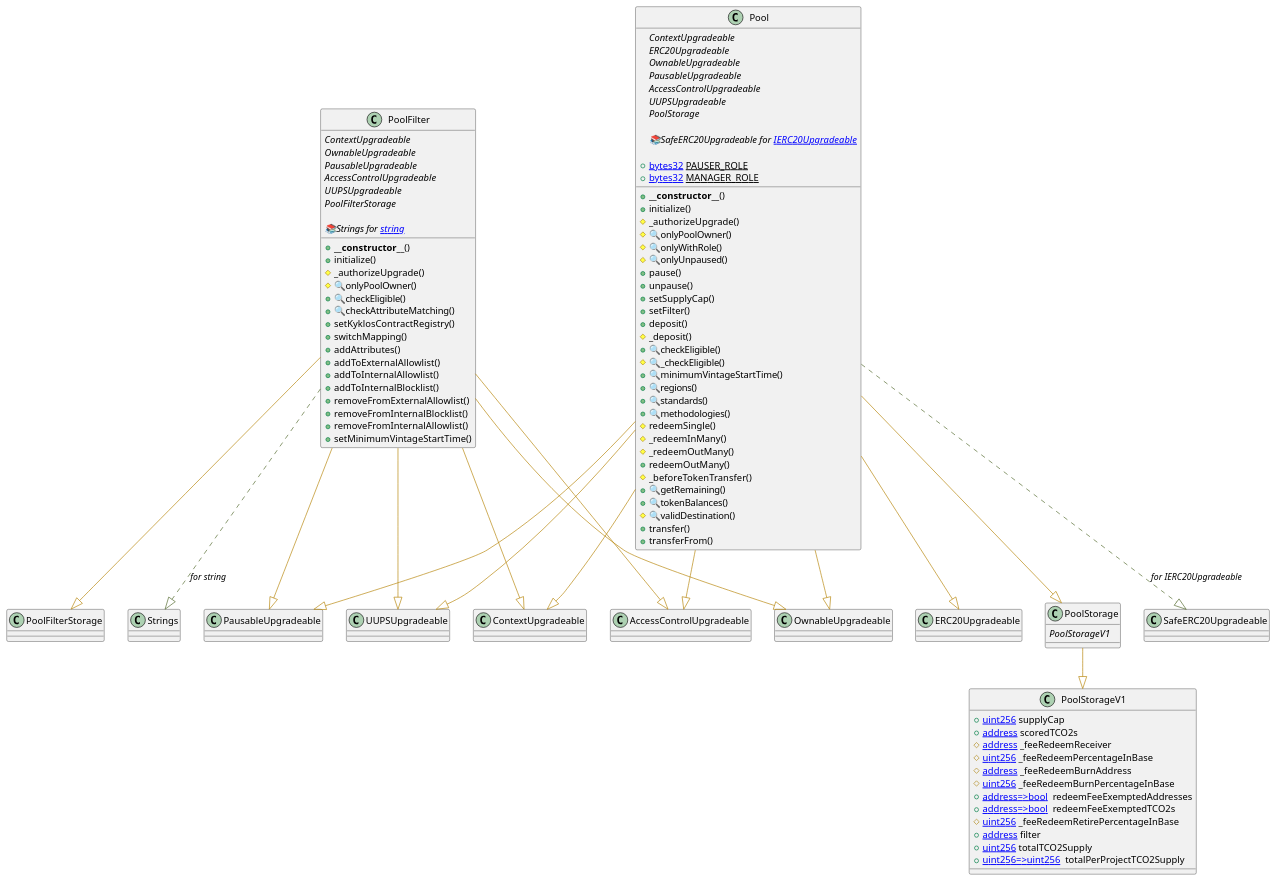
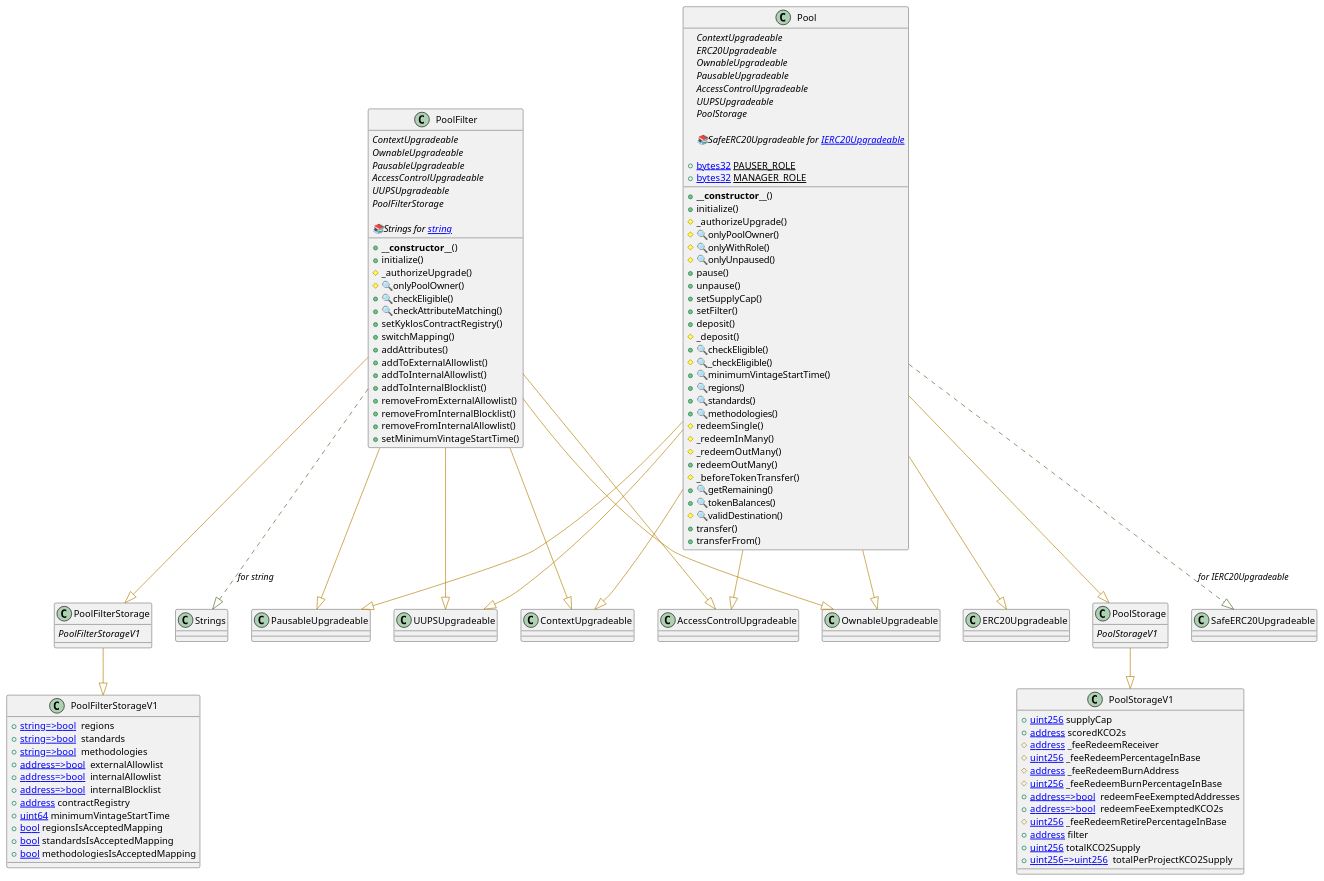
One commit to mariolim96/Kyklos changed the diagram in plantuml/pool.wsd. Above: the diagram before and after it, drawn with PlantUML. The commit also changed 68 other files, not shown here.

Commit message:
feat: adding plant uml graphs

```diff
--- a/plantuml/pool.wsd
+++ b/plantuml/pool.wsd
@@ -1,146 +1,180 @@
 @startuml
 ' -- generated by: https://marketplace.visualstudio.com/items?itemName=tintinweb.solidity-visual-auditor
 '
 ' -- for auto-render install: https://marketplace.visualstudio.com/items?itemName=jebbs.plantuml
 ' -- options --
 
 
 
 ' -- classes --
 
 class Pool {
     ' -- inheritance --
 	{abstract}ContextUpgradeable
 	{abstract}ERC20Upgradeable
 	{abstract}OwnableUpgradeable
 	{abstract}PausableUpgradeable
 	{abstract}AccessControlUpgradeable
 	{abstract}UUPSUpgradeable
 	{abstract}PoolStorage
 
     ' -- usingFor --
 	{abstract}📚SafeERC20Upgradeable for [[IERC20Upgradeable]]
 
     ' -- vars --
 	+{static}[[bytes32]] PAUSER_ROLE
 	+{static}[[bytes32]] MANAGER_ROLE
 
     ' -- methods --
 	+**__constructor__**()
 	+initialize()
 	#_authorizeUpgrade()
 	#🔍onlyPoolOwner()
 	#🔍onlyWithRole()
 	#🔍onlyUnpaused()
 	+pause()
 	+unpause()
 	+setSupplyCap()
 	+setFilter()
 	+deposit()
 	#_deposit()
 	+🔍checkEligible()
 	#🔍_checkEligible()
 	+🔍minimumVintageStartTime()
 	+🔍regions()
 	+🔍standards()
 	+🔍methodologies()
 	#redeemSingle()
 	#_redeemInMany()
 	#_redeemOutMany()
 	+redeemOutMany()
 	#_beforeTokenTransfer()
 	+🔍getRemaining()
 	+🔍tokenBalances()
 	#🔍validDestination()
 	+transfer()
 	+transferFrom()
 
 }
 ' -- inheritance / usingFor --
 Pool --[#DarkGoldenRod]|> ContextUpgradeable
 Pool --[#DarkGoldenRod]|> ERC20Upgradeable
 Pool --[#DarkGoldenRod]|> OwnableUpgradeable
 Pool --[#DarkGoldenRod]|> PausableUpgradeable
 Pool --[#DarkGoldenRod]|> AccessControlUpgradeable
 Pool --[#DarkGoldenRod]|> UUPSUpgradeable
 Pool --[#DarkGoldenRod]|> PoolStorage
 Pool ..[#DarkOliveGreen]|> SafeERC20Upgradeable : //for IERC20Upgradeable//
 class PoolFilter {
     ' -- inheritance --
 	{abstract}ContextUpgradeable
 	{abstract}OwnableUpgradeable
 	{abstract}PausableUpgradeable
 	{abstract}AccessControlUpgradeable
 	{abstract}UUPSUpgradeable
 	{abstract}PoolFilterStorage
 
     ' -- usingFor --
 	{abstract}📚Strings for [[string]]
 
     ' -- vars --
 
     ' -- methods --
 	+**__constructor__**()
 	+initialize()
 	#_authorizeUpgrade()
 	#🔍onlyPoolOwner()
 	+🔍checkEligible()
 	+🔍checkAttributeMatching()
 	+setKyklosContractRegistry()
 	+switchMapping()
 	+addAttributes()
 	+addToExternalAllowlist()
 	+addToInternalAllowlist()
 	+addToInternalBlocklist()
 	+removeFromExternalAllowlist()
 	+removeFromInternalBlocklist()
 	+removeFromInternalAllowlist()
 	+setMinimumVintageStartTime()
 
 }
 ' -- inheritance / usingFor --
 PoolFilter --[#DarkGoldenRod]|> ContextUpgradeable
 PoolFilter --[#DarkGoldenRod]|> OwnableUpgradeable
 PoolFilter --[#DarkGoldenRod]|> PausableUpgradeable
 PoolFilter --[#DarkGoldenRod]|> AccessControlUpgradeable
 PoolFilter --[#DarkGoldenRod]|> UUPSUpgradeable
 PoolFilter --[#DarkGoldenRod]|> PoolFilterStorage
 PoolFilter ..[#DarkOliveGreen]|> Strings : //for string//
 
 class PoolStorageV1 {
     ' -- inheritance --
 
     ' -- usingFor --
 
     ' -- vars --
 	+[[uint256]] supplyCap
-	+[[address]] scoredTCO2s
+	+[[address]] scoredKCO2s
 	#[[address]] _feeRedeemReceiver
 	#[[uint256]] _feeRedeemPercentageInBase
 	#[[address]] _feeRedeemBurnAddress
 	#[[uint256]] _feeRedeemBurnPercentageInBase
 	+[[mapping address=>bool ]] redeemFeeExemptedAddresses
-	+[[mapping address=>bool ]] redeemFeeExemptedTCO2s
+	+[[mapping address=>bool ]] redeemFeeExemptedKCO2s
 	#[[uint256]] _feeRedeemRetirePercentageInBase
 	+[[address]] filter
-	+[[uint256]] totalTCO2Supply
-	+[[mapping uint256=>uint256 ]] totalPerProjectTCO2Supply
+	+[[uint256]] totalKCO2Supply
+	+[[mapping uint256=>uint256 ]] totalPerProjectKCO2Supply
 
     ' -- methods --
 
 }
 class PoolStorage {
     ' -- inheritance --
 	{abstract}PoolStorageV1
 
     ' -- usingFor --
 
     ' -- vars --
 
     ' -- methods --
 
 }
 ' -- inheritance / usingFor --
 PoolStorage --[#DarkGoldenRod]|> PoolStorageV1
+class PoolFilterStorageV1 {
+    ' -- inheritance --
 
+    ' -- usingFor --
+
+    ' -- vars --
+	+[[mapping string=>bool ]] regions
+	+[[mapping string=>bool ]] standards
+	+[[mapping string=>bool ]] methodologies
+	+[[mapping address=>bool ]] externalAllowlist
+	+[[mapping address=>bool ]] internalAllowlist
+	+[[mapping address=>bool ]] internalBlocklist
+	+[[address]] contractRegistry
+	+[[uint64]] minimumVintageStartTime
+	+[[bool]] regionsIsAcceptedMapping
+	+[[bool]] standardsIsAcceptedMapping
+	+[[bool]] methodologiesIsAcceptedMapping
+
+    ' -- methods --
+
+}
+
+class PoolFilterStorage {
+    ' -- inheritance --
+	{abstract}PoolFilterStorageV1
+
+    ' -- usingFor --
+
+    ' -- vars --
+
+    ' -- methods --
+
+}
+' -- inheritance / usingFor --
+PoolFilterStorage --[#DarkGoldenRod]|> PoolFilterStorageV1
 @enduml
```
